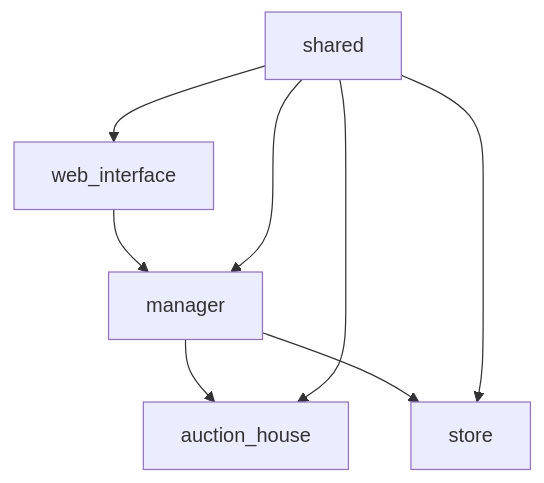
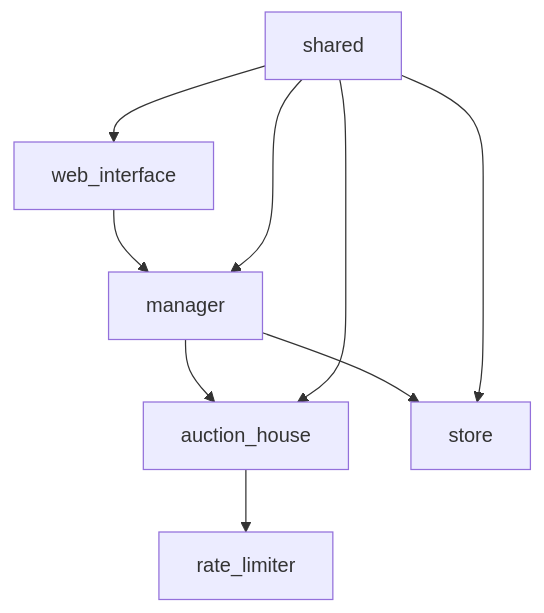
One commit to Fl4m3Ph03n1x/market_manager changed the diagram in README.md. Above: the diagram before and after it, drawn with Mermaid. The commit also changed other lines of this file and 217 other files, not shown here.

````diff
--- a/README.md
+++ b/README.md
@@ -122,10 +122,11 @@
 ```mermaid
   graph TD;
       web_interface-->manager;
       manager-->auction_house;
       manager-->store;
       shared-->manager;
       shared-->store;
       shared-->web_interface;
       shared-->auction_house;
+      auction_house-->rate_limiter;
 ```
````
